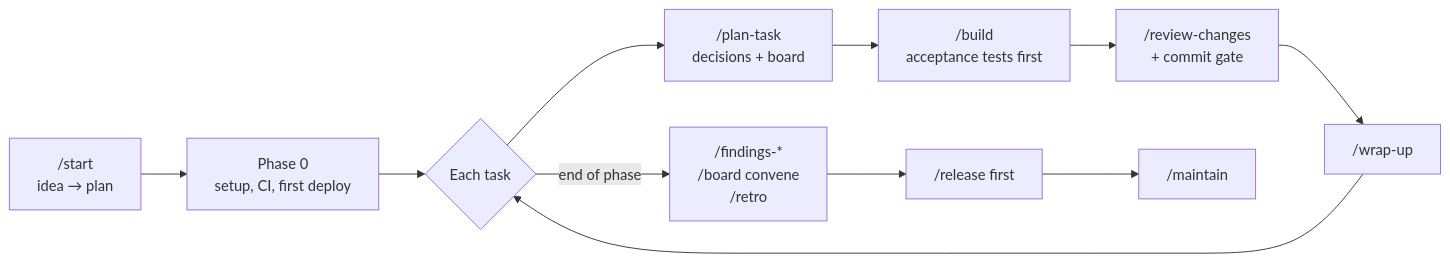
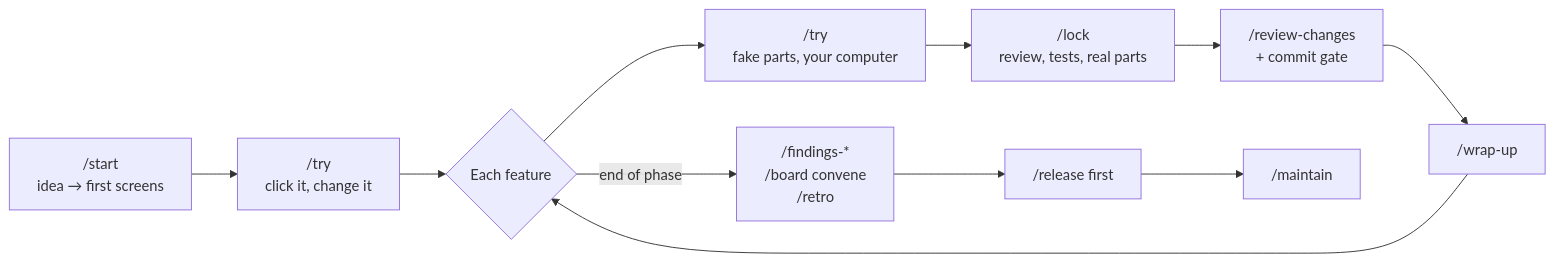
Before and after one commit to burakdogrul/TillerHand: the diagram in README.md, drawn with Mermaid. The commit also changed other lines of this file and 30 other files, not shown here.

Commit message:
feat: try a clickable slice in the first session, lock hardens it into main, /start in two passes, deploy moves to launch (3.66.0)

````diff
--- a/README.md
+++ b/README.md
@@ -147,13 +149,13 @@
 ```mermaid
 flowchart LR
-    A["/start<br/>idea → plan"] --> B["Phase 0<br/>setup, CI, first deploy"]
-    B --> C{"Each task"}
-    C --> D["/plan-task<br/>decisions + board"]
-    D --> E["/build<br/>acceptance tests first"]
+    A["/start<br/>idea → first screens"] --> B["/try<br/>click it, change it"]
+    B --> C{"Each feature"}
+    C --> D["/try<br/>fake parts, your computer"]
+    D --> E["/lock<br/>review, tests, real parts"]
     E --> F["/review-changes<br/>+ commit gate"]
     F --> G["/wrap-up"]
     G --> C
     C -->|"end of phase"| H["/findings-*<br/>/board convene<br/>/retro"]
     H --> I["/release first"]
     I --> J["/maintain"]
 ```
````
